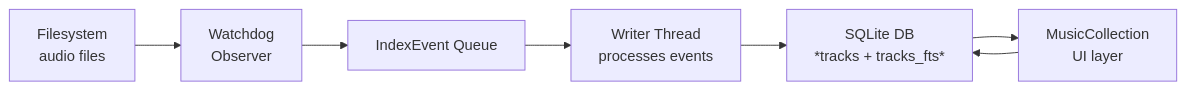
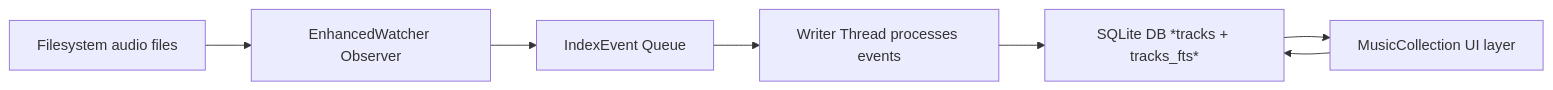
Before and after one commit to mark-me/mixtape-society: the second of 2 diagrams in docs/development/musiclib/intro.md, drawn with Mermaid. The commit also changed other lines of this file and 2 other files, not shown here.

````diff
--- a/docs/development/musiclib/intro.md
+++ b/docs/development/musiclib/intro.md
@@ -136,20 +138,20 @@
 ```mermaid
 flowchart LR
     %% Nodes
-    FS[Filesystem<br/>audio files]
-    WD[Watchdog<br/>Observer]
+    FS[Filesystem audio files]
+    WD[EnhancedWatcher Observer]
     Q[IndexEvent Queue]
-    WT[Writer Thread<br/>processes events]
-    DB[SQLite DB<br/>*tracks + tracks_fts*]
-    UI[MusicCollection<br>UI layer]
+    WT[Writer Thread processes events]
+    DB[SQLite DB *tracks + tracks_fts*]
+    UI[MusicCollection UI layer]
 
     %% Main data flow
     FS --> WD
     WD --> Q
     Q --> WT
     WT --> DB
 
     %% Queries from UI
     UI --> DB
     DB --> UI
 ```
````
